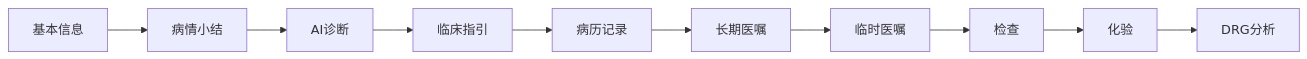
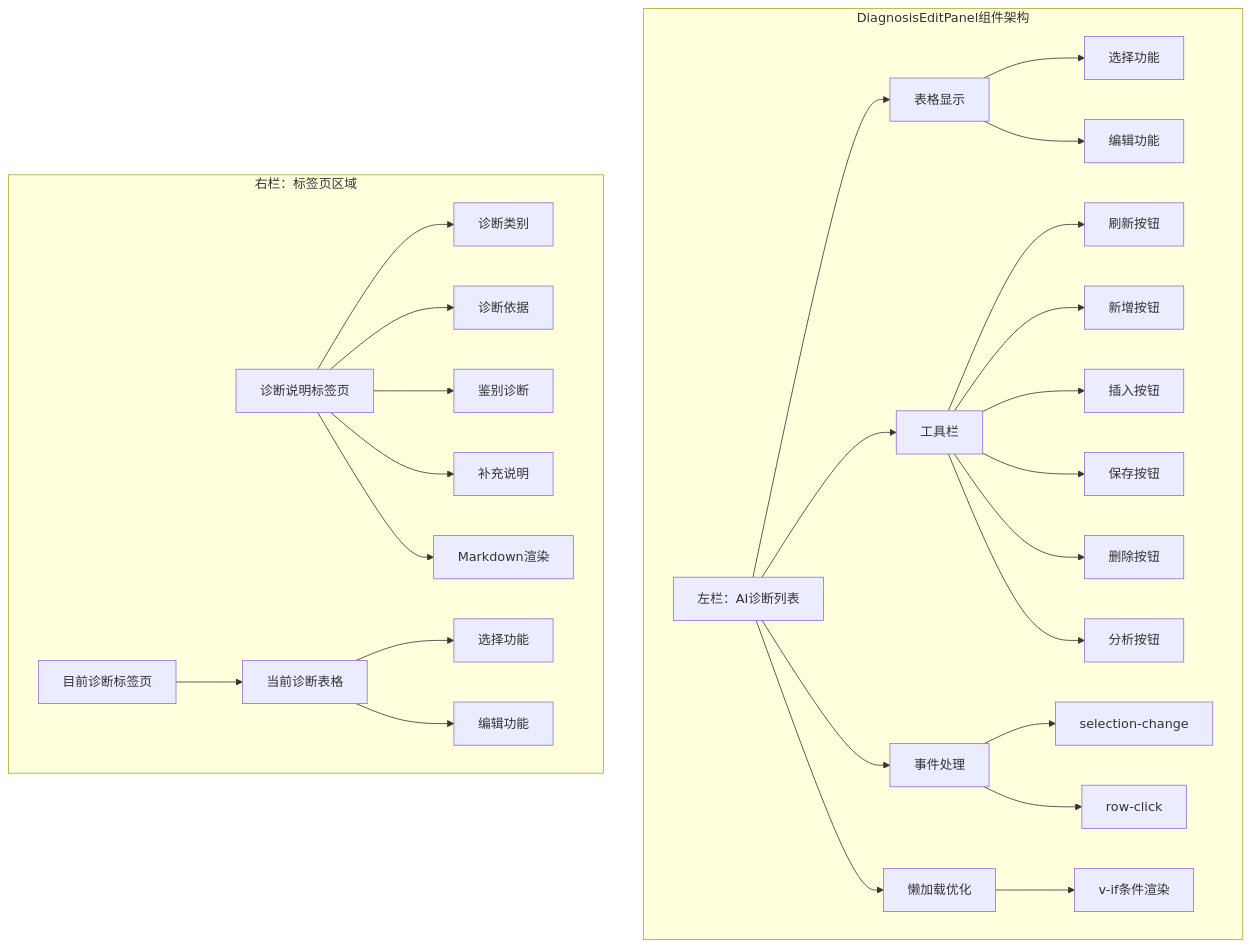
Diagram 17 of 19 in .qoder/repowiki/zh/content/Update Summary/Update Summary.md (liuzh2008/med_ai_assistant_workspace), drawn with Mermaid before and after one commit. The commit also changed other lines of this file and 5 other files, not shown here.

````diff
--- a/.qoder/repowiki/zh/content/Update Summary/Update Summary.md
+++ b/.qoder/repowiki/zh/content/Update Summary/Update Summary.md
@@ -970,4 +709,30 @@
 ```mermaid
-graph LR
-A[基本信息] --> B[病情小结] --> C[AI诊断] --> D[临床指引] --> E[病历记录] --> F[长期医嘱] --> G[临时医嘱] --> H[检查] --> I[化验] --> J[DRG分析]
+graph TB
+subgraph "DiagnosisEditPanel组件架构"
+A[左栏：AI诊断列表] --> B[表格显示]
+B --> C[选择功能]
+B --> D[编辑功能]
+A --> E[工具栏]
+E --> F[刷新按钮]
+E --> G[新增按钮]
+E --> H[插入按钮]
+E --> I[保存按钮]
+E --> J[删除按钮]
+E --> K[分析按钮]
+A --> L[事件处理]
+L --> M[selection-change]
+L --> N[row-click]
+A --> O[懒加载优化]
+O --> P[v-if条件渲染]
+end
+subgraph "右栏：标签页区域"
+Q[诊断说明标签页] --> R[诊断类别]
+Q --> S[诊断依据]
+Q --> T[鉴别诊断]
+Q --> U[补充说明]
+Q --> V[Markdown渲染]
+W[目前诊断标签页] --> X[当前诊断表格]
+X --> Y[选择功能]
+X --> Z[编辑功能]
+end
 ```
````
